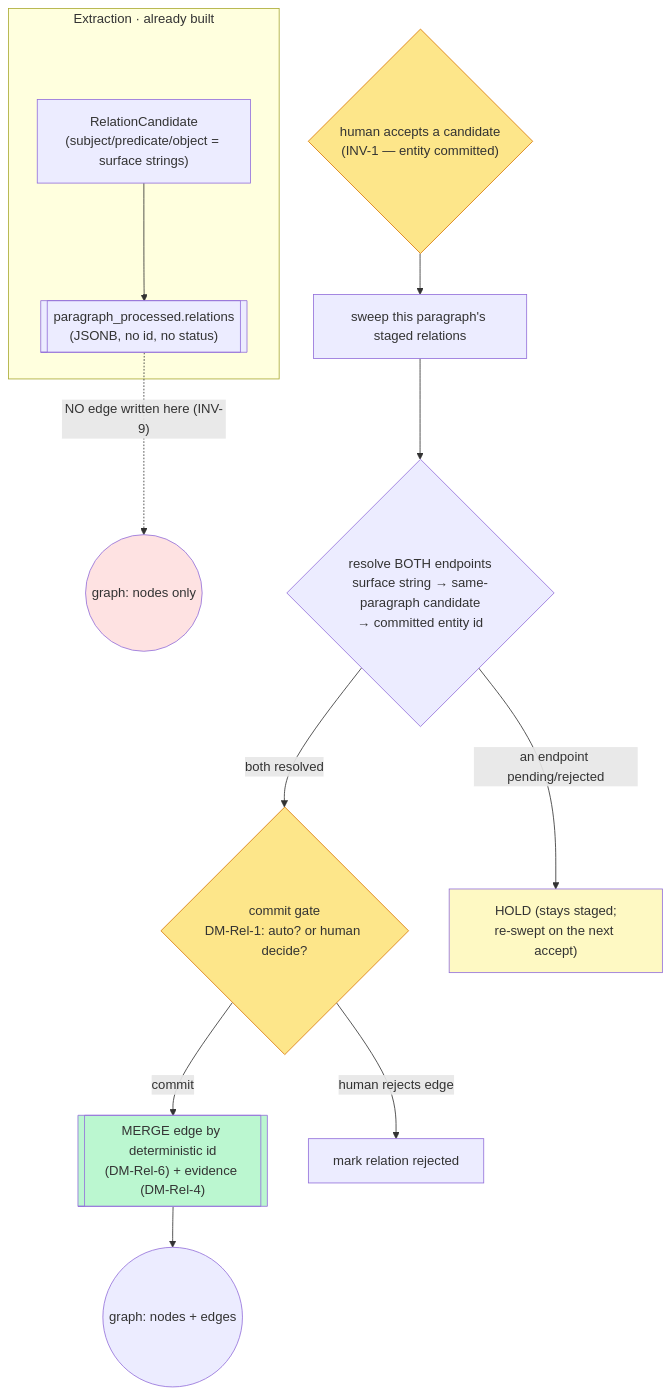
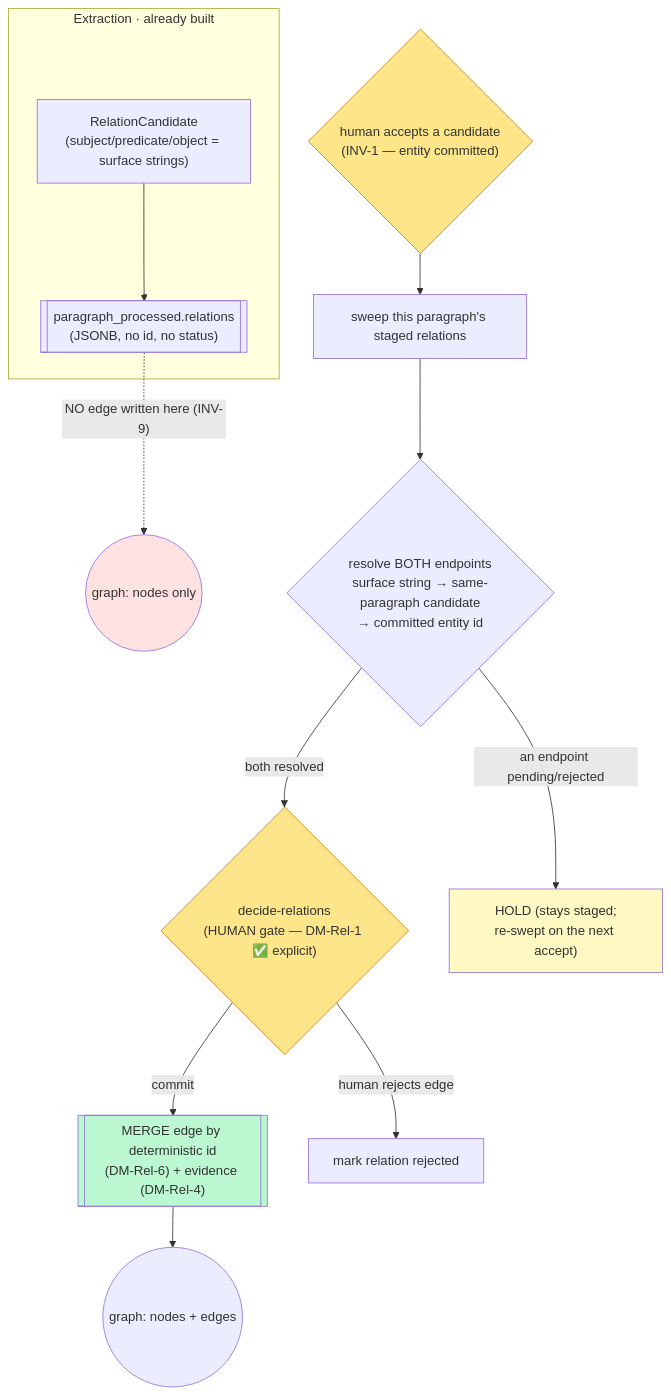
Before and after one commit to yaaisiu/story-forge: the diagram in architecture/proposals/m3-relation-write.md, drawn with Mermaid. The commit also changed other lines of this file and 2 other files, not shown here.

First line of the commit message:
docs: reconcile the vault to the DM-Rel-1 decision (review fold)

````diff
--- a/architecture/proposals/m3-relation-write.md
+++ b/architecture/proposals/m3-relation-write.md
@@ -163,19 +174,19 @@
 ```mermaid
 flowchart TD
     subgraph Stage [Extraction · already built]
       EX["RelationCandidate<br/>(subject/predicate/object = surface strings)"] --> PP[["paragraph_processed.relations<br/>(JSONB, no id, no status)"]]
     end
     PP -.->|"NO edge written here (INV-9)"| X((graph: nodes only))
     ACC{"human accepts a candidate<br/>(INV-1 — entity committed)"} --> SWEEP["sweep this paragraph's staged relations"]
     SWEEP --> RES{"resolve BOTH endpoints<br/>surface string → same-paragraph candidate<br/>→ committed entity id"}
-    RES -->|"both resolved"| GATE{"commit gate<br/>DM-Rel-1: auto? or human decide?"}
+    RES -->|"both resolved"| GATE{"decide-relations<br/>(HUMAN gate — DM-Rel-1 ✅ explicit)"}
     RES -->|"an endpoint pending/rejected"| HOLD["HOLD (stays staged;<br/>re-swept on the next accept)"]
     GATE -->|"commit"| WRITE[["MERGE edge by deterministic id<br/>(DM-Rel-6) + evidence (DM-Rel-4)"]]
     GATE -->|"human rejects edge"| REJ["mark relation rejected"]
     WRITE --> G2((graph: nodes + edges))
     style ACC fill:#fde68a,stroke:#d97706
     style GATE fill:#fde68a,stroke:#d97706
     style WRITE fill:#bbf7d0
     style X fill:#fee2e2
     style HOLD fill:#fef9c3
 ```
````
